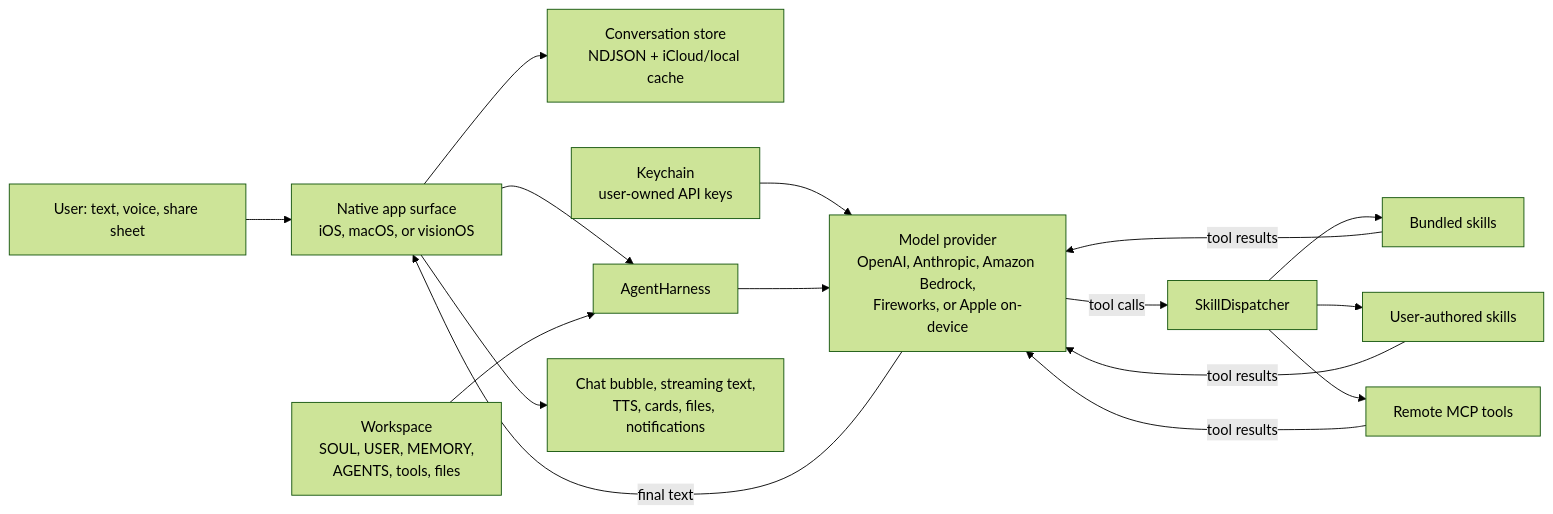
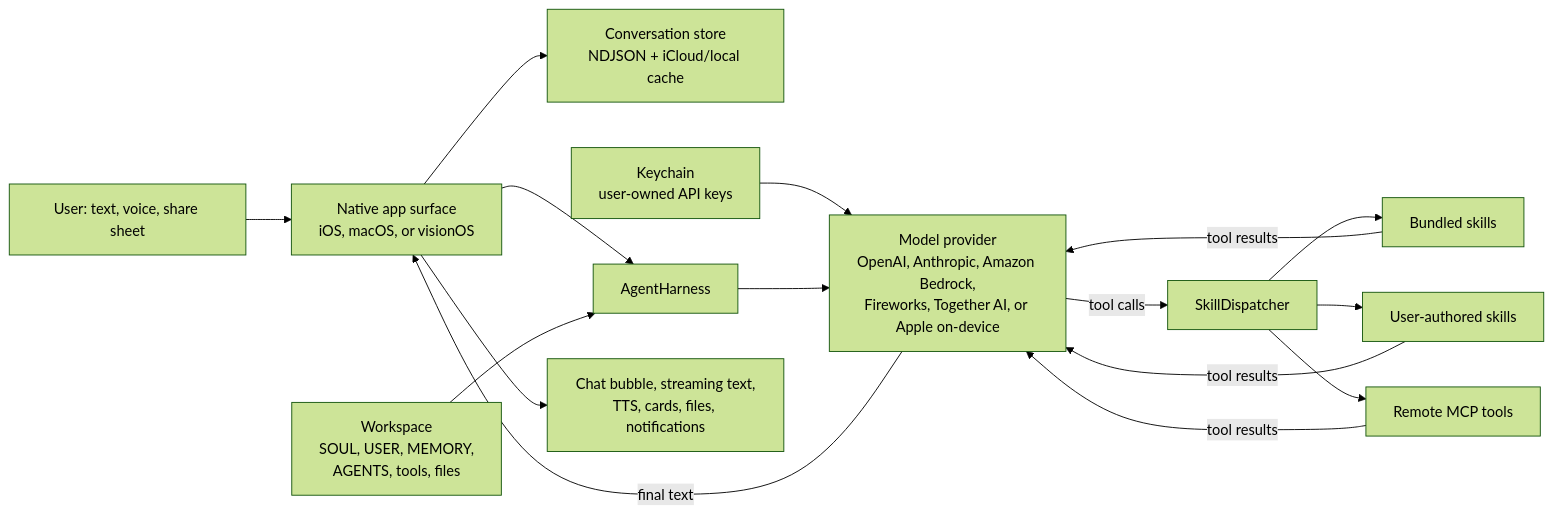
Before and after one commit to getathelas/LoopHarness: the first of 3 diagrams in docs/HOW_IT_WORKS.md, drawn with Mermaid (forest theme). The commit also changed other lines of this file and 18 other files, not shown here.

Commit message:
Add Together AI provider and DeepSeek model

````diff
--- a/docs/HOW_IT_WORKS.md
+++ b/docs/HOW_IT_WORKS.md
@@ -15,21 +15,21 @@
 ```mermaid
 flowchart LR
     User["User: text, voice, share sheet"] --> Surface["Native app surface<br/>iOS, macOS, or visionOS"]
     Surface --> Store["Conversation store<br/>NDJSON + iCloud/local cache"]
     Surface --> Harness["AgentHarness"]
 
     Workspace["Workspace<br/>SOUL, USER, MEMORY,<br/>AGENTS, tools, files"] --> Harness
     Keys["Keychain<br/>user-owned API keys"] --> Providers
-    Harness --> Providers["Model provider<br/>OpenAI, Anthropic, Amazon Bedrock,<br/>Fireworks, or Apple on-device"]
+    Harness --> Providers["Model provider<br/>OpenAI, Anthropic, Amazon Bedrock,<br/>Fireworks, Together AI, or Apple on-device"]
 
     Providers -->|"final text"| Surface
     Providers -->|"tool calls"| Dispatcher["SkillDispatcher"]
     Dispatcher --> Skills["Bundled skills"]
     Dispatcher --> Dynamic["User-authored skills"]
     Dispatcher --> MCP["Remote MCP tools"]
     Skills -->|"tool results"| Providers
     Dynamic -->|"tool results"| Providers
     MCP -->|"tool results"| Providers
 
     Surface --> Output["Chat bubble, streaming text,<br/>TTS, cards, files, notifications"]
 ```
````
